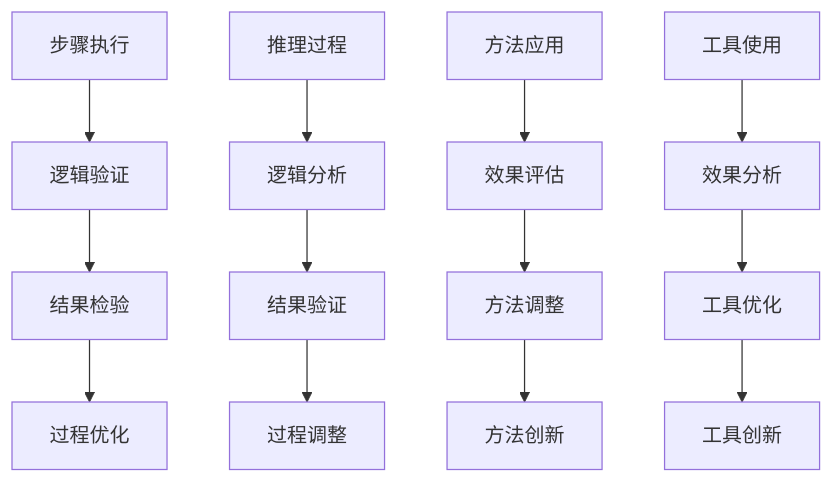
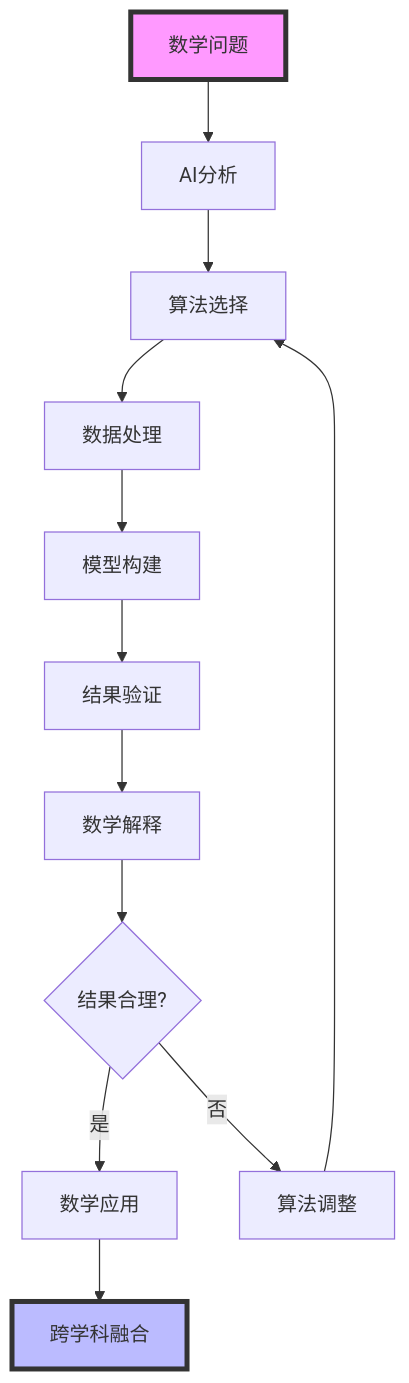
One commit to AdaMartin18010/SeniorMath changed the eighth of 10 diagrams in mindmaps/flow-charts/数学思维流程图.md. Above: the diagram before and after it, drawn with Mermaid. The commit also changed other lines of this file and 36 other files, not shown here.

````diff
--- a/mindmaps/flow-charts/数学思维流程图.md
+++ b/mindmaps/flow-charts/数学思维流程图.md
@@ -273,18 +260,19 @@
 ```mermaid
 graph TD
-    E1[步骤执行] --> E2[逻辑验证]
-    E2 --> E3[结果检验]
-    E3 --> E4[过程优化]
+    A[数学问题] --> B[AI分析]
+    B --> C[算法选择]
+    C --> D[数据处理]
+    D --> E[模型构建]
+    E --> F[结果验证]
+    F --> G[数学解释]
     
-    F1[推理过程] --> F2[逻辑分析]
-    F2 --> F3[结果验证]
-    F3 --> F4[过程调整]
+    G --> H{结果合理?}
+    H -->|是| I[数学应用]
+    H -->|否| J[算法调整]
     
-    G1[方法应用] --> G2[效果评估]
-    G2 --> G3[方法调整]
-    G3 --> G4[方法创新]
+    J --> C
+    I --> K[跨学科融合]
     
-    H1[工具使用] --> H2[效果分析]
-    H2 --> H3[工具优化]
-    H3 --> H4[工具创新]
+    style A fill:#f9f,stroke:#333,stroke-width:4px
+    style K fill:#bbf,stroke:#333,stroke-width:4px
 ```
````
